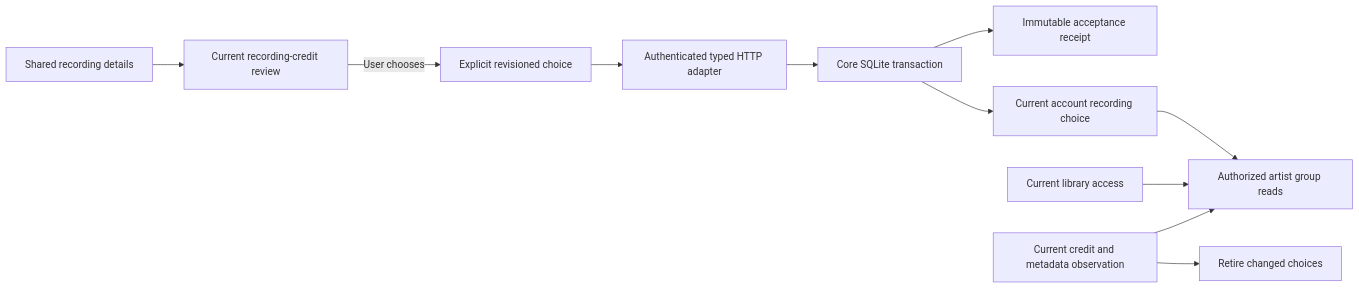
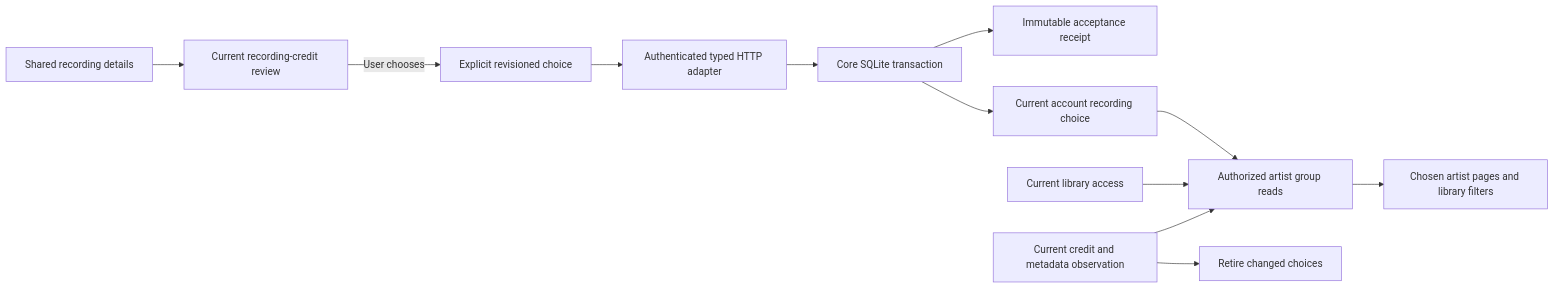
Before and after one commit to acidiney/hitoapp: the diagram in docs/artist-identity-groups.md, drawn with Mermaid. The commit also changed other lines of this file and 2 other files, not shown here.

Commit message:
Record chosen artist browsing behavior and verification

````diff
--- a/docs/artist-identity-groups.md
+++ b/docs/artist-identity-groups.md
@@ -9,13 +9,14 @@
 ```mermaid
 flowchart LR
     UI[Shared recording details] --> Review[Current recording-credit review]
     Review -->|User chooses| Choose[Explicit revisioned choice]
     Choose --> HTTP[Authenticated typed HTTP adapter]
     HTTP --> Tx[Core SQLite transaction]
     Tx --> Receipt[Immutable acceptance receipt]
     Tx --> Choice[Current account recording choice]
     Choice --> Groups[Authorized artist group reads]
+    Groups --> Browse[Chosen artist pages and library filters]
     Grants[Current library access] --> Groups
     Credits[Current credit and metadata observation] --> Groups
     Credits --> Retire[Retire changed choices]
 ```
````
